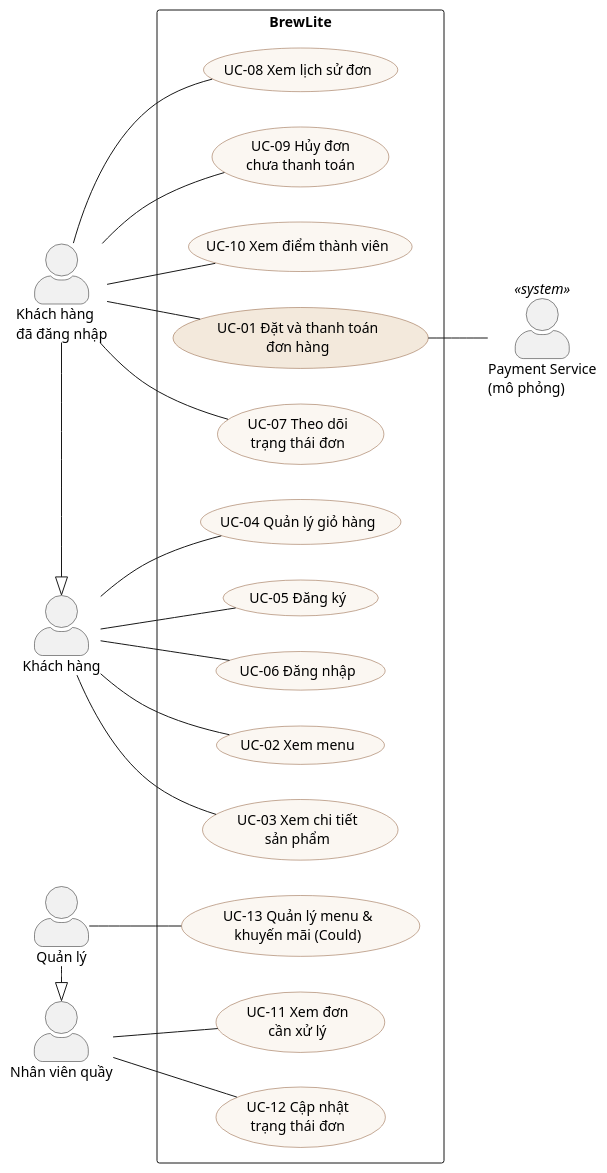
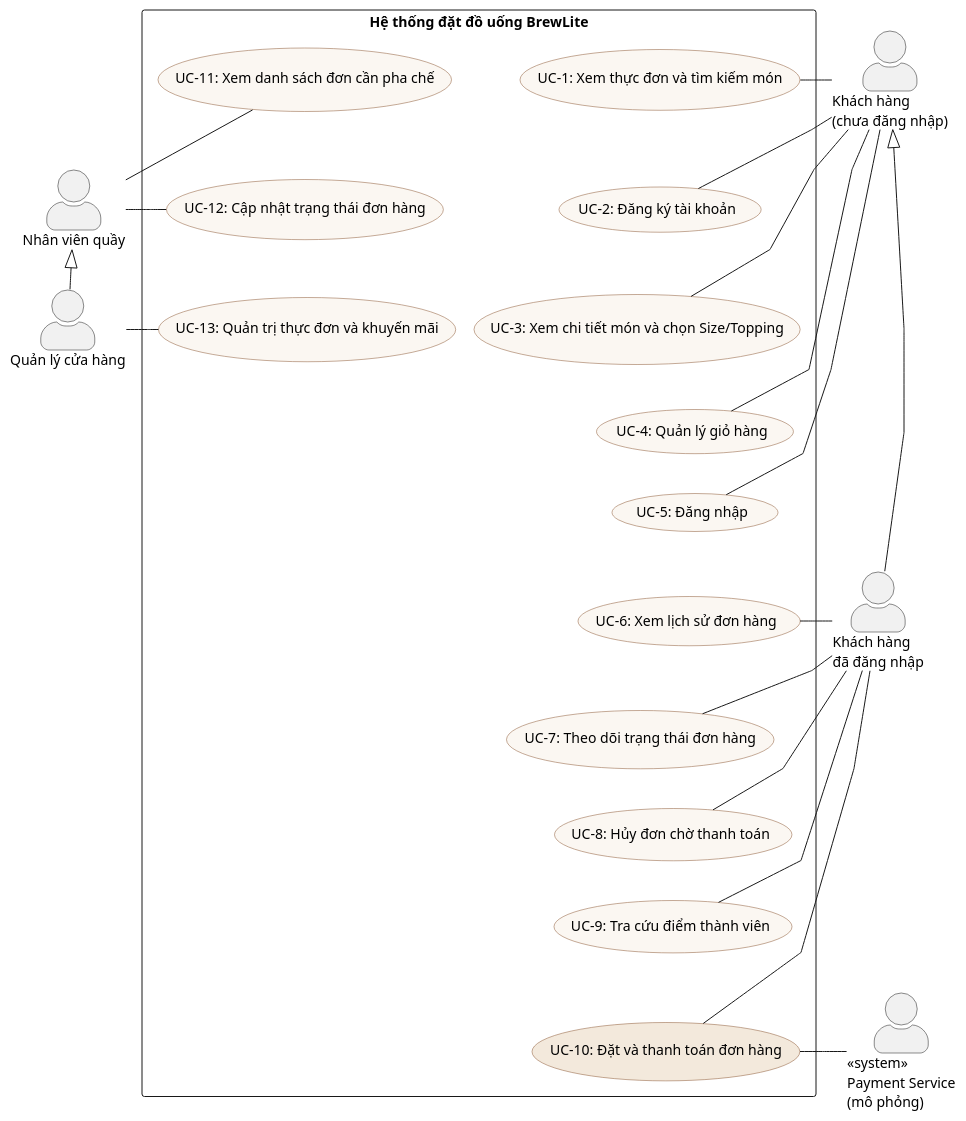
Before and after one commit to LHTCoder/brewlite: the diagram in docs/diagrams/use-case-overview.puml, drawn with PlantUML. The commit also changed 23 other files, not shown here.

First line of the commit message:
docs: chỉnh sửa sơ đồ và đánh số use-case theo góp ý của nhóm

```diff
--- a/docs/diagrams/use-case-overview.puml
+++ b/docs/diagrams/use-case-overview.puml
@@ -1,55 +1,69 @@
 @startuml use-case-overview
 ' Sơ đồ use-case tổng quát hệ thống BrewLite (SRS §2)
-' Liên kết actor – use-case là đường thẳng (association); quan hệ include/extend thể hiện ở sơ đồ UC-01
-left to right direction
+' Mã UC đánh theo thứ tự đọc trên sơ đồ; liên kết actor – use-case là đường thẳng (association)
+' Quan hệ include/extend của UC-10 thể hiện ở sơ đồ use-case "Đặt và thanh toán đơn hàng"
 skinparam packageStyle rectangle
+skinparam linetype polyline
 skinparam actorStyle awesome
+skinparam nodesep 18
+skinparam ranksep 40
 skinparam usecase {
   BackgroundColor #FBF7F2
   BorderColor #8A5733
 }
 
-actor "Khách hàng" as Guest
+actor "Khách hàng\n(chưa đăng nhập)" as Guest
 actor "Khách hàng\nđã đăng nhập" as Customer
+actor "<<system>>\nPayment Service\n(mô phỏng)" as Pay
 actor "Nhân viên quầy" as Staff
-actor "Quản lý" as Manager
-actor "Payment Service\n(mô phỏng)" as Pay <<system>>
+actor "Quản lý cửa hàng" as Manager
 
-Customer -|> Guest
-Manager -|> Staff
-
-rectangle "BrewLite" {
-  usecase "UC-02 Xem menu" as UC2
-  usecase "UC-03 Xem chi tiết\nsản phẩm" as UC3
-  usecase "UC-04 Quản lý giỏ hàng" as UC4
-  usecase "UC-05 Đăng ký" as UC5
-  usecase "UC-06 Đăng nhập" as UC6
-  usecase "UC-01 Đặt và thanh toán\nđơn hàng" as UC1 #F3E9DC
-  usecase "UC-07 Theo dõi\ntrạng thái đơn" as UC7
-  usecase "UC-08 Xem lịch sử đơn" as UC8
-  usecase "UC-09 Hủy đơn\nchưa thanh toán" as UC9
-  usecase "UC-10 Xem điểm thành viên" as UC10
-  usecase "UC-11 Xem đơn\ncần xử lý" as UC11
-  usecase "UC-12 Cập nhật\ntrạng thái đơn" as UC12
-  usecase "UC-13 Quản lý menu &\nkhuyến mãi (Could)" as UC13
+rectangle "Hệ thống đặt đồ uống BrewLite" {
+  usecase "UC-1: Xem thực đơn và tìm kiếm món" as UC1
+  usecase "UC-2: Đăng ký tài khoản" as UC2
+  usecase "UC-3: Xem chi tiết món và chọn Size/Topping" as UC3
+  usecase "UC-4: Quản lý giỏ hàng" as UC4
+  usecase "UC-5: Đăng nhập" as UC5
+  usecase "UC-6: Xem lịch sử đơn hàng" as UC6
+  usecase "UC-7: Theo dõi trạng thái đơn hàng" as UC7
+  usecase "UC-8: Hủy đơn chờ thanh toán" as UC8
+  usecase "UC-9: Tra cứu điểm thành viên" as UC9
+  usecase "UC-10: Đặt và thanh toán đơn hàng" as UC10 #F3E9DC
+  usecase "UC-11: Xem danh sách đơn cần pha chế" as UC11
+  usecase "UC-12: Cập nhật trạng thái đơn hàng" as UC12
+  usecase "UC-13: Quản trị thực đơn và khuyến mãi" as UC13
 }
 
-Guest -- UC2
-Guest -- UC3
-Guest -- UC4
-Guest -- UC5
-Guest -- UC6
+UC1 -[hidden]down- UC2
+UC2 -[hidden]down- UC3
+UC3 -[hidden]down- UC4
+UC4 -[hidden]down- UC5
+UC5 -[hidden]down- UC6
+UC6 -[hidden]down- UC7
+UC7 -[hidden]down- UC8
+UC8 -[hidden]down- UC9
+UC9 -[hidden]down- UC10
+UC11 -[hidden]down- UC12
+UC12 -[hidden]down- UC13
 
-Customer -- UC1
-Customer -- UC7
-Customer -- UC8
-Customer -- UC9
-Customer -- UC10
+Guest -right- UC1
+Guest -right- UC2
+Guest -right- UC3
+Guest -right- UC4
+Guest -right- UC5
 
-Staff -- UC11
-Staff -- UC12
-Manager -- UC13
+Customer -right- UC6
+Customer -right- UC7
+Customer -right- UC8
+Customer -right- UC9
+Customer -right- UC10
+UC10 -right- Pay
+Customer -[hidden]down- Pay
 
-UC1 -- Pay
+UC11 -right- Staff
+UC12 -right- Staff
+UC13 -right- Manager
 
+Guest <|-down- Customer
+Staff <|-down- Manager
 @enduml
```
